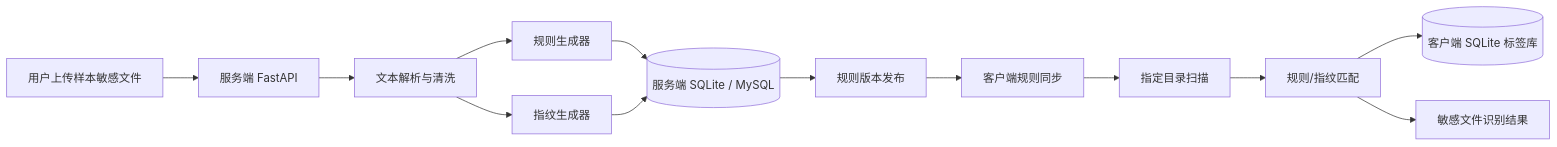
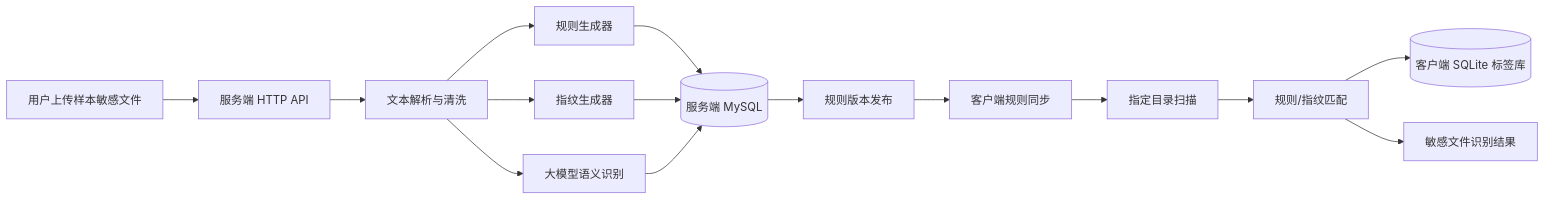
Before and after one commit to Chang-mh/SCU-project-model-1: the first of 4 diagrams in MODULE_ONE_PLAN.md, drawn with Mermaid. The commit also changed other lines of this file, not shown here.

````diff
--- a/MODULE_ONE_PLAN.md
+++ b/MODULE_ONE_PLAN.md
@@ -18,15 +18,17 @@
 ```mermaid
 flowchart LR
-    U["用户上传样本敏感文件"] --> API["服务端 FastAPI"]
+    U["用户上传样本敏感文件"] --> API["服务端 HTTP API"]
     API --> P["文本解析与清洗"]
     P --> R["规则生成器"]
     P --> F["指纹生成器"]
-    R --> DB[("服务端 SQLite / MySQL")]
+    P --> AI["大模型语义识别"]
+    R --> DB[("服务端 MySQL")]
     F --> DB
+    AI --> DB
     DB --> V["规则版本发布"]
     V --> C["客户端规则同步"]
     C --> S["指定目录扫描"]
     S --> M["规则/指纹匹配"]
     M --> L[("客户端 SQLite 标签库")]
     M --> O["敏感文件识别结果"]
 ```
````
